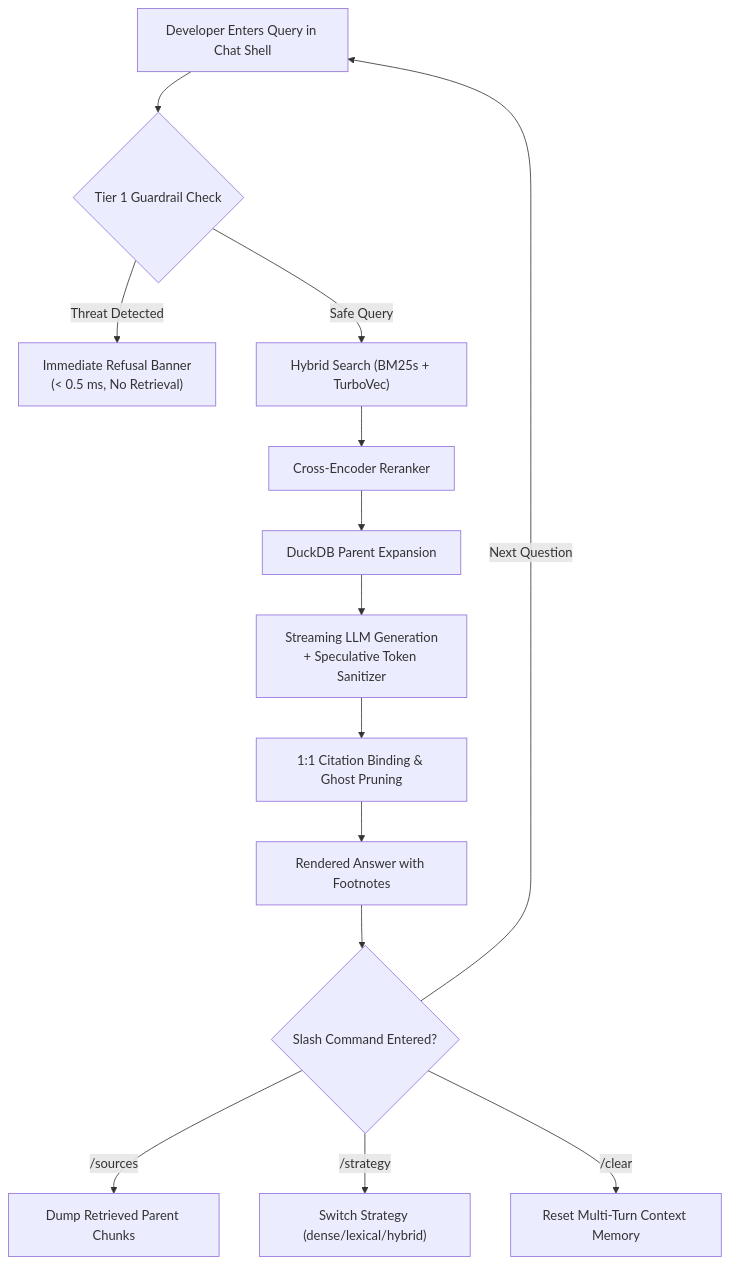
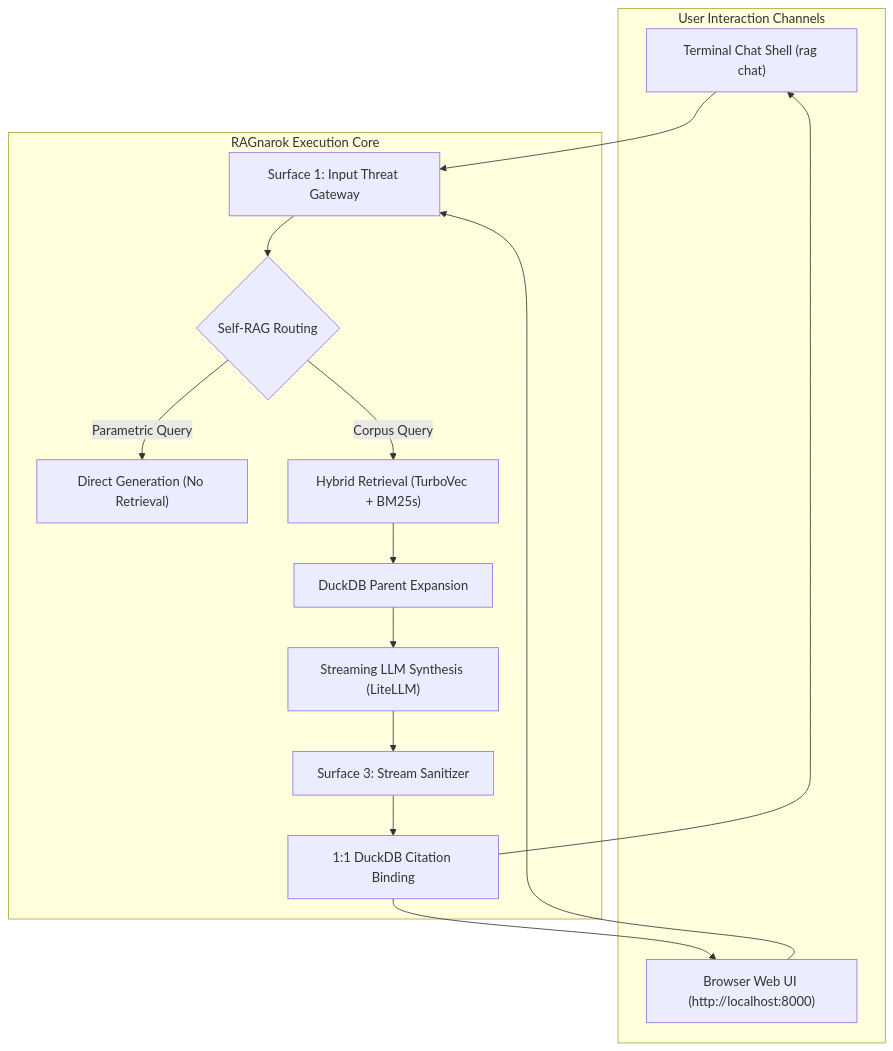
Before and after one commit to uehera/RAGnarok: the diagram in notes/developer/rag_chat.md, drawn with Mermaid. The commit also changed other lines of this file and 14 other files, not shown here.

Commit message:
docs: overhaul setup guide, architectural blueprints, research reports, and main README

````diff
--- a/notes/developer/rag_chat.md
+++ b/notes/developer/rag_chat.md
@@ -11,18 +15,22 @@
 ```mermaid
 flowchart TD
-    U["Developer Enters Query in Chat Shell"] --> G{"Tier 1 Guardrail Check"}
-    G -- "Threat Detected" --> REF["Immediate Refusal Banner<br>(< 0.5 ms, No Retrieval)"]
-    G -- "Safe Query" --> RET["Hybrid Search (BM25s + TurboVec)"]
-    
-    RET --> RERANK["Cross-Encoder Reranker"]
-    RERANK --> EXP["DuckDB Parent Expansion"]
-    EXP --> GEN["Streaming LLM Generation<br>+ Speculative Token Sanitizer"]
-    GEN --> CIT["1:1 Citation Binding & Ghost Pruning"]
-    CIT --> OUT["Rendered Answer with Footnotes"]
-    
-    OUT --> CMD{"Slash Command Entered?"}
-    CMD -- "/sources" --> SRC["Dump Retrieved Parent Chunks"]
-    CMD -- "/strategy <type>" --> STRAT["Switch Strategy (dense/lexical/hybrid)"]
-    CMD -- "/clear" --> CLR["Reset Multi-Turn Context Memory"]
-    CMD -- "Next Question" --> U
+    subgraph UI ["User Interaction Channels"]
+        CLI["Terminal Chat Shell (rag chat)"]
+        WEB["Browser Web UI (http://localhost:8000)"]
+    end
+
+    subgraph CORE ["RAGnarok Execution Core"]
+        IG["Surface 1: Input Threat Gateway"] --> SR{"Self-RAG Routing"}
+        SR -- "Parametric Query" --> DIR["Direct Generation (No Retrieval)"]
+        SR -- "Corpus Query" --> HYB["Hybrid Retrieval (TurboVec + BM25s)"]
+        HYB --> EXP["DuckDB Parent Expansion"]
+        EXP --> SYN["Streaming LLM Synthesis (LiteLLM)"]
+        SYN --> SAN["Surface 3: Stream Sanitizer"]
+        SAN --> CIT["1:1 DuckDB Citation Binding"]
+    end
+
+    CLI --> IG
+    WEB --> IG
+    CIT --> CLI
+    CIT --> WEB
 ```
````
